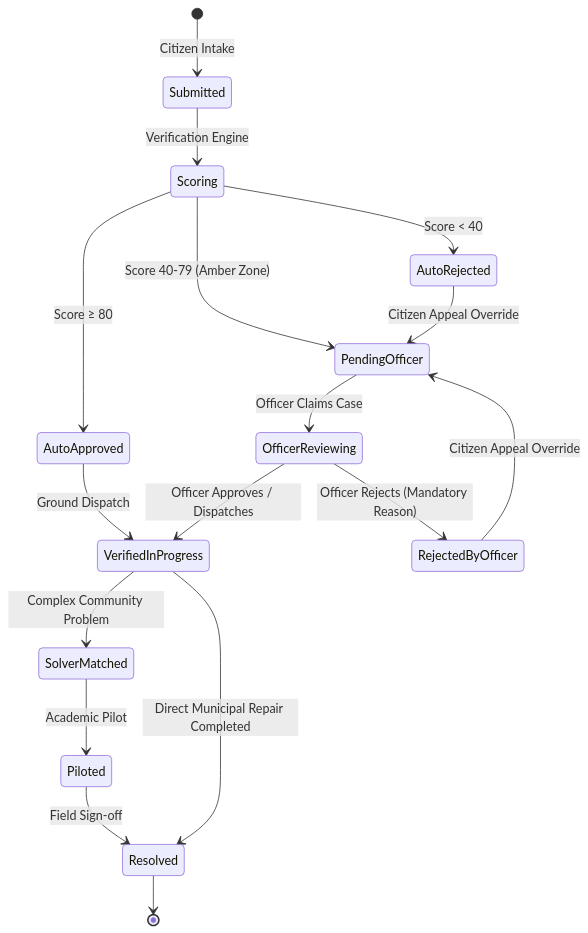
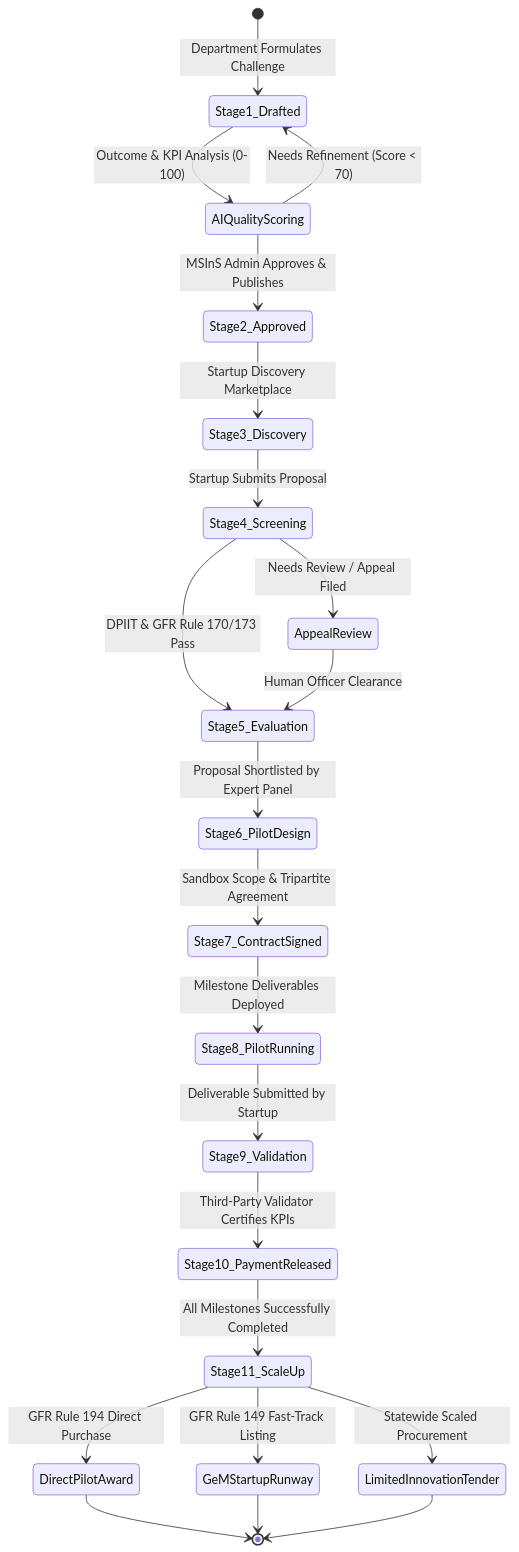
The diagram in CONTEXT.md (nikhil7757/samadhansetu), drawn with Mermaid before and after one commit. The commit also changed other lines of this file and 22 other files, not shown here.

````diff
--- a/CONTEXT.md
+++ b/CONTEXT.md
@@ -25,23 +26,31 @@
 ```mermaid
 stateDiagram-v2
-    [*] --> Submitted: Citizen Intake
-    Submitted --> Scoring: Verification Engine
-    Scoring --> AutoApproved: Score ≥ 80
-    Scoring --> PendingOfficer: Score 40-79 (Amber Zone)
-    Scoring --> AutoRejected: Score < 40
+    [*] --> Stage1_Drafted: Department Formulates Challenge
+    Stage1_Drafted --> AIQualityScoring: Outcome & KPI Analysis (0-100)
+    AIQualityScoring --> Stage1_Drafted: Needs Refinement (Score < 70)
+    AIQualityScoring --> Stage2_Approved: MSInS Admin Approves & Publishes
     
-    AutoRejected --> PendingOfficer: Citizen Appeal Override
+    Stage2_Approved --> Stage3_Discovery: Startup Discovery Marketplace
+    Stage3_Discovery --> Stage4_Screening: Startup Submits Proposal
     
-    PendingOfficer --> OfficerReviewing: Officer Claims Case
-    OfficerReviewing --> VerifiedInProgress: Officer Approves / Dispatches
-    OfficerReviewing --> RejectedByOfficer: Officer Rejects (Mandatory Reason)
+    Stage4_Screening --> Stage5_Evaluation: DPIIT & GFR Rule 170/173 Pass
+    Stage4_Screening --> AppealReview: Needs Review / Appeal Filed
+    AppealReview --> Stage5_Evaluation: Human Officer Clearance
     
-    RejectedByOfficer --> PendingOfficer: Citizen Appeal Override
+    Stage5_Evaluation --> Stage6_PilotDesign: Proposal Shortlisted by Expert Panel
+    Stage6_PilotDesign --> Stage7_ContractSigned: Sandbox Scope & Tripartite Agreement
+    Stage7_ContractSigned --> Stage8_PilotRunning: Milestone Deliverables Deployed
     
-    AutoApproved --> VerifiedInProgress: Ground Dispatch
-    VerifiedInProgress --> SolverMatched: Complex Community Problem
-    SolverMatched --> Piloted: Academic Pilot
-    Piloted --> Resolved: Field Sign-off
-    VerifiedInProgress --> Resolved: Direct Municipal Repair Completed
-    Resolved --> [*]
+    Stage8_PilotRunning --> Stage9_Validation: Deliverable Submitted by Startup
+    Stage9_Validation --> Stage10_PaymentReleased: Third-Party Validator Certifies KPIs
+    
+    Stage10_PaymentReleased --> Stage11_ScaleUp: All Milestones Successfully Completed
+    
+    Stage11_ScaleUp --> DirectPilotAward: GFR Rule 194 Direct Purchase
+    Stage11_ScaleUp --> GeMStartupRunway: GFR Rule 149 Fast-Track Listing
+    Stage11_ScaleUp --> LimitedInnovationTender: Statewide Scaled Procurement
+    
+    DirectPilotAward --> [*]
+    GeMStartupRunway --> [*]
+    LimitedInnovationTender --> [*]
 ```
````
